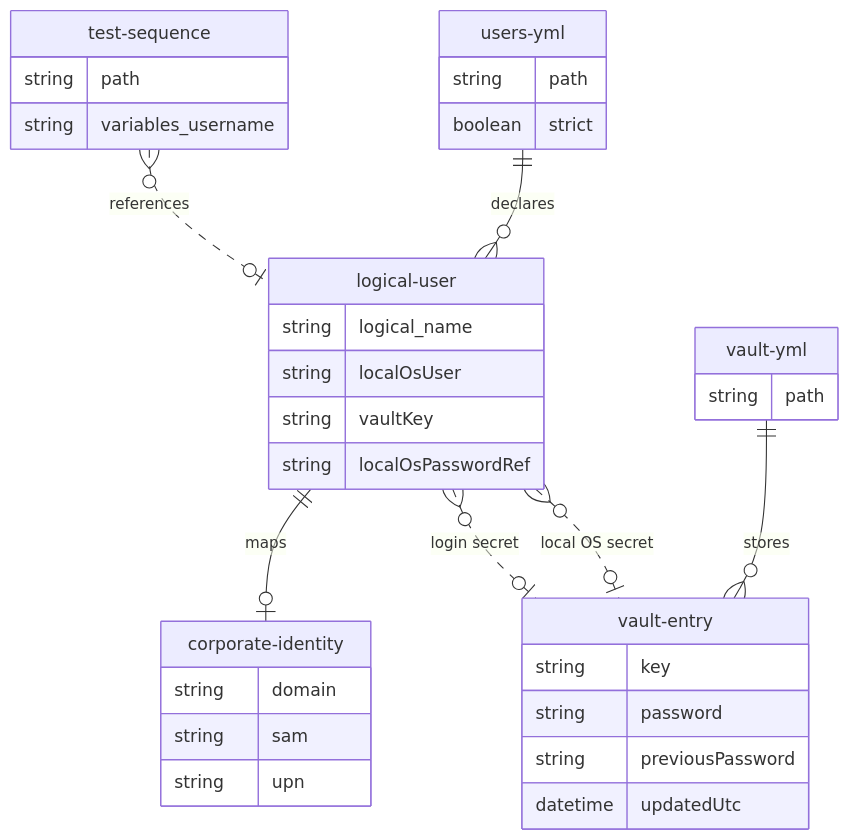
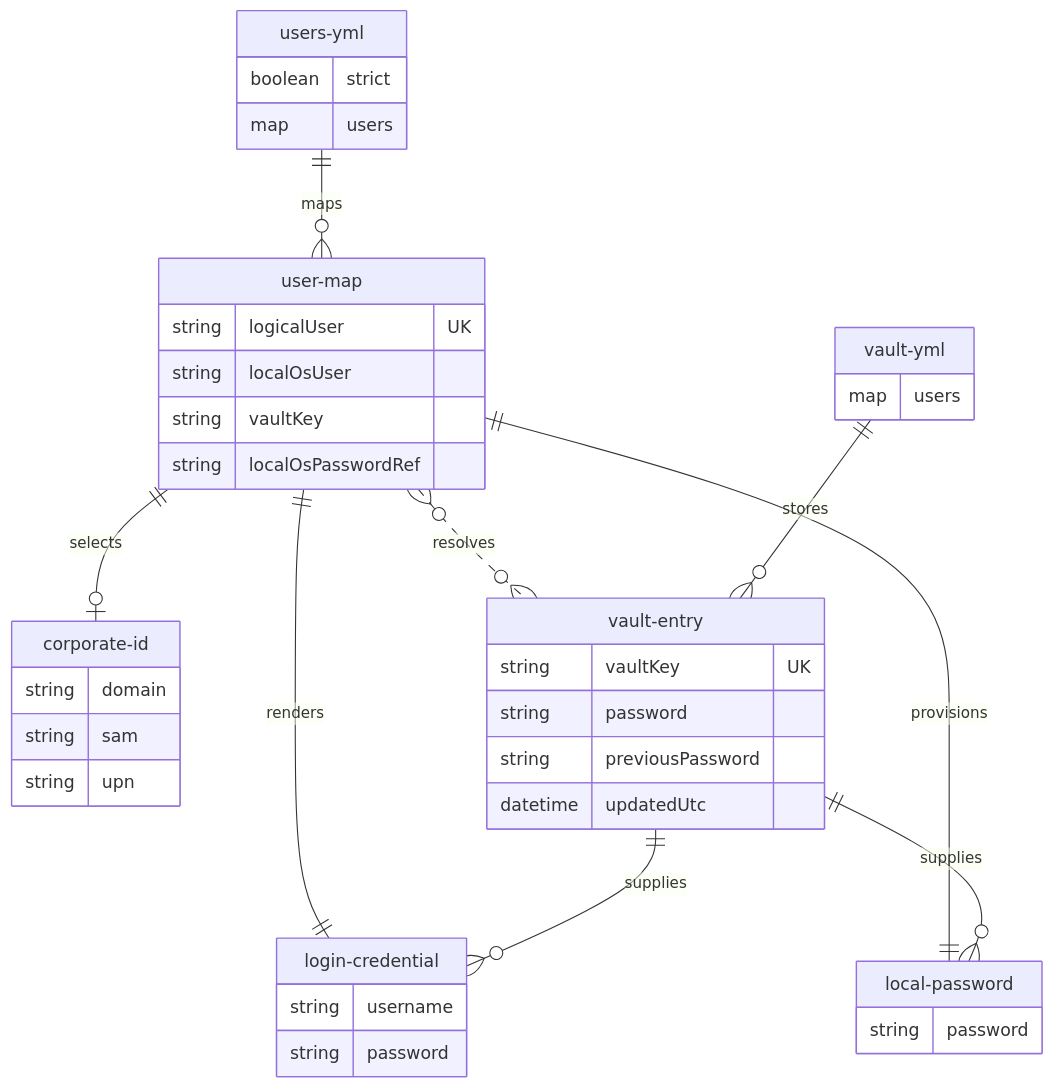
Before and after one commit to alissonsol/yuruna: the sixth of 6 diagrams in docs/design/05-data-model.md, drawn with Mermaid. The commit also changed other lines of this file and 901 other files, not shown here.

````diff
--- a/docs/design/05-data-model.md
+++ b/docs/design/05-data-model.md
@@ -93,40 +309,43 @@
 ```mermaid
 erDiagram
-  %% optional -- only sequences declaring a logical user create this reference
-  test-sequence }o..o| logical-user : references
-  users-yml ||--o{ logical-user : declares
-  %% optional -- corporate mapping and explicit vault references may be empty
-  logical-user ||--o| corporate-identity : maps
-  logical-user }o..o| vault-entry : "login secret"
-  logical-user }o..o| vault-entry : "local OS secret"
-  vault-yml ||--o{ vault-entry : stores
+    users-yml ||--o{ user-map : maps
+    user-map ||--o| corporate-id : selects
+    user-map }o..o{ vault-entry : resolves
+    vault-yml ||--o{ vault-entry : stores
+    user-map ||--|| login-credential : renders
+    user-map ||--|| local-password : provisions
+    vault-entry ||--o{ login-credential : supplies
+    vault-entry ||--o{ local-password : supplies
 
-  test-sequence {
-    string path
-    string variables_username
-  }
-  users-yml {
-    string path
-    boolean strict
-  }
-  logical-user {
-    string logical_name
-    string localOsUser
-    string vaultKey
-    string localOsPasswordRef
-  }
-  corporate-identity {
-    string domain
-    string sam
-    string upn
-  }
-  vault-yml {
-    string path
-  }
-  vault-entry {
-    string key
-    string password
-    string previousPassword
-    datetime updatedUtc
-  }
+    users-yml {
+        boolean strict
+        map users
+    }
+    user-map {
+        string logicalUser UK
+        string localOsUser
+        string vaultKey
+        string localOsPasswordRef
+    }
+    corporate-id {
+        string domain
+        string sam
+        string upn
+    }
+    vault-yml {
+        map users
+    }
+    vault-entry {
+        string vaultKey UK
+        string password
+        string previousPassword
+        datetime updatedUtc
+    }
+    login-credential {
+        string username
+        string password
+    }
+    local-password {
+        string password
+    }
 ```
````
